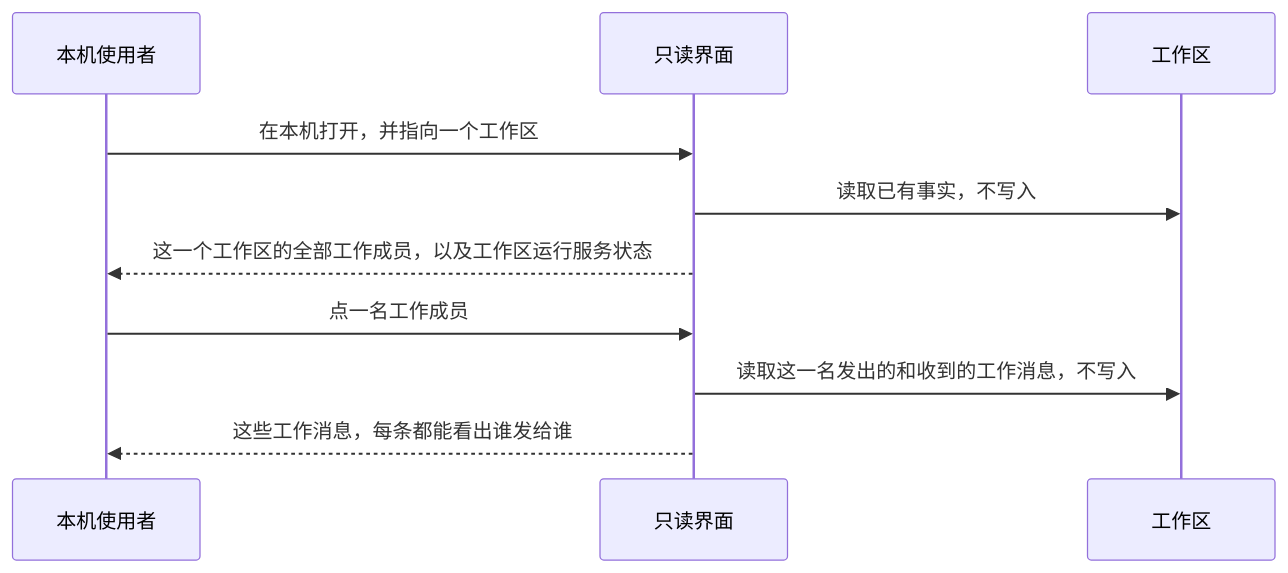
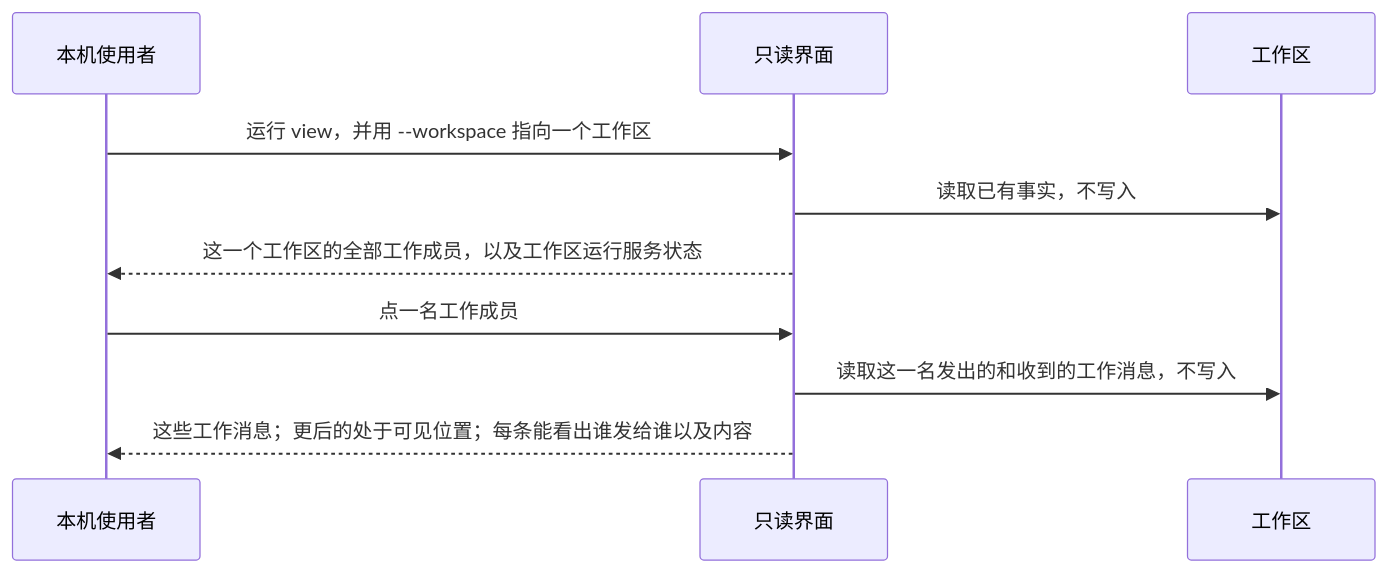
The first of 6 diagrams in docs/design/25-readonly-workspace-ui/product.md (xforce-io/atelier), drawn with Mermaid before and after one commit. The commit also changed other lines of this file and 7 other files, not shown here.

````diff
--- a/docs/design/25-readonly-workspace-ui/product.md
+++ b/docs/design/25-readonly-workspace-ui/product.md
@@ -65,12 +77,12 @@
 ```mermaid
 sequenceDiagram
     participant User as 本机使用者
     participant View as 只读界面
     participant Ws as 工作区
-    User->>View: 在本机打开，并指向一个工作区
+    User->>View: 运行 view，并用 --workspace 指向一个工作区
     View->>Ws: 读取已有事实，不写入
     View-->>User: 这一个工作区的全部工作成员，以及工作区运行服务状态
     User->>View: 点一名工作成员
     View->>Ws: 读取这一名发出的和收到的工作消息，不写入
-    View-->>User: 这些工作消息，每条都能看出谁发给谁
+    View-->>User: 这些工作消息；更后的处于可见位置；每条能看出谁发给谁以及内容
 ```
````
